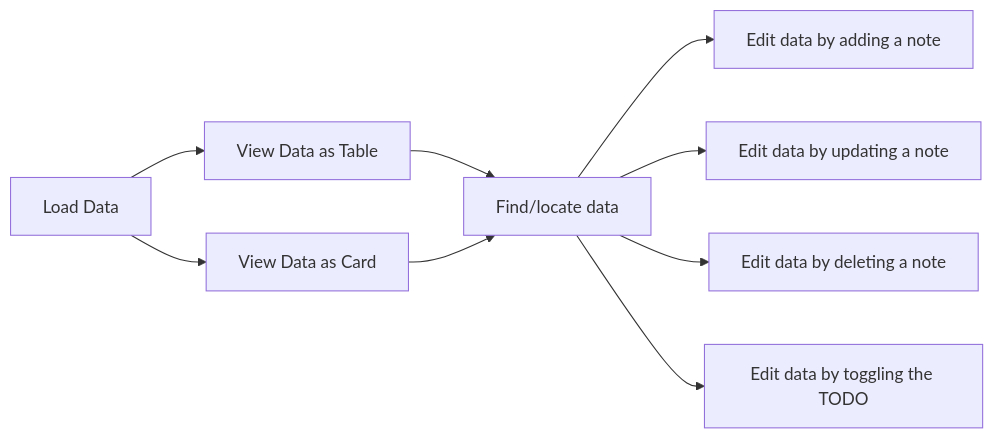
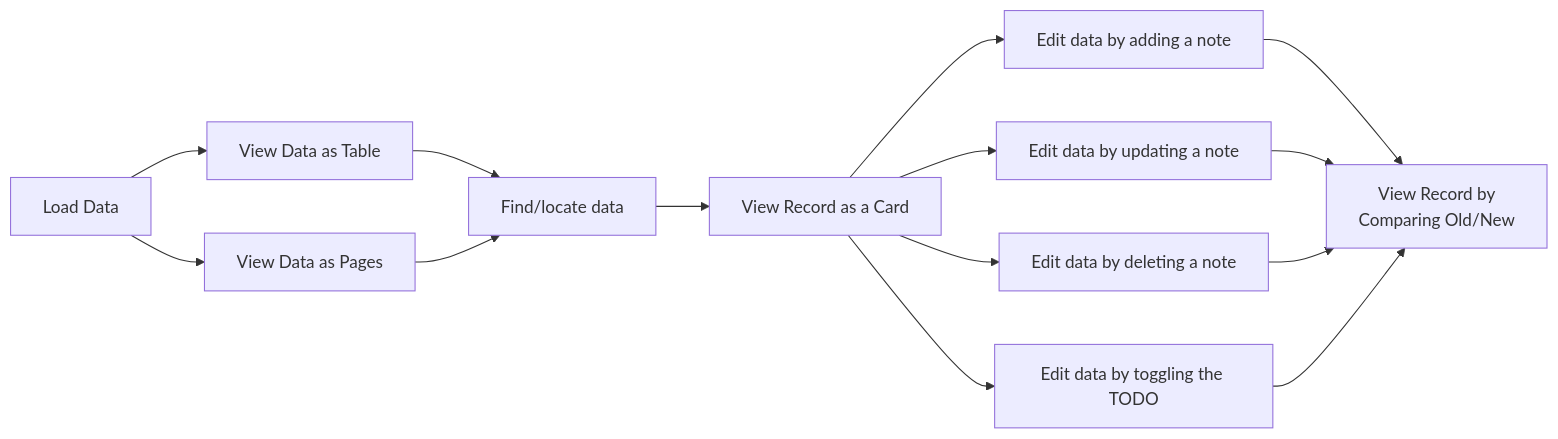
One commit to iPoetDev/PyCriteria changed the third of 5 diagrams in readme.md. Above: the diagram before and after it, drawn with Mermaid. The commit also changed other lines of this file and 3 other files, not shown here.

````diff
--- a/readme.md
+++ b/readme.md
@@ -230,11 +235,16 @@
 ```mermaid
 graph LR;
 A[ Load Data ] --> B[ View Data as Table ];
-A --> C[View Data as Card ];
+A --> C[View Data as Pages ];
 B --> D[ Find/locate data ];
 C --> D;
-D --> E[ Edit data by adding a note ];
-D --> F[ Edit data by updating a note ];
-D --> G[ Edit data by deleting a note ];
-D --> H[ Edit data by toggling the TODO];
+D --> D1[ View Record as a Card ];
+D1 --> E[ Edit data by adding a note ];
+D1 --> F[ Edit data by updating a note ];
+D1 --> G[ Edit data by deleting a note ];
+D1 --> H[ Edit data by toggling the TODO];
+E --> I;
+F --> I;
+G --> I;
+H --> I[ View Record by \n Comparing Old/New];
 ```
````
